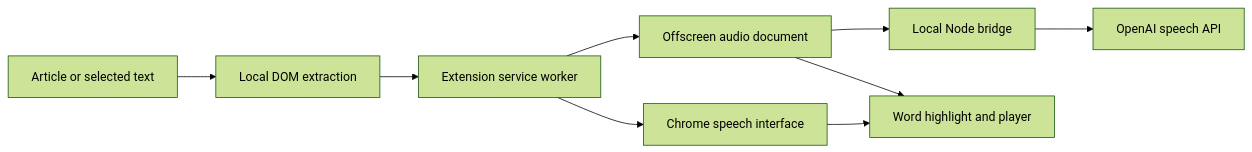
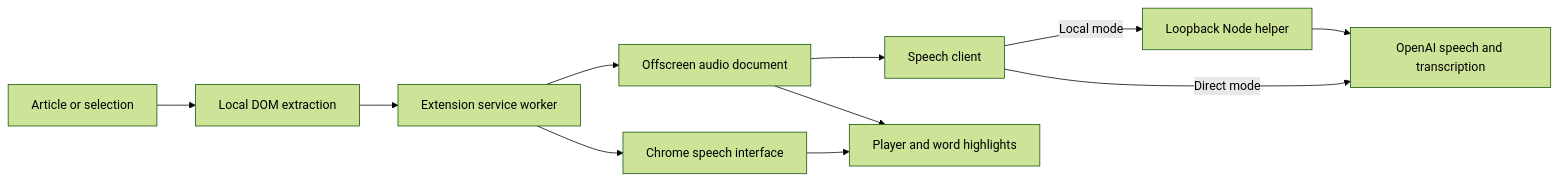
One commit to YashDagade/browser-reader changed the diagram in docs/architecture.md. Above: the diagram before and after it, drawn with Mermaid (forest theme). The commit also changed other lines of this file and 33 other files, not shown here.

Commit message:
Build Hermes with direct Chrome speech, movable controls, and word alignment

````diff
--- a/docs/architecture.md
+++ b/docs/architecture.md
@@ -5,11 +5,13 @@
 ```mermaid
 flowchart LR
-    Page[Article or selected text] --> Extract[Local DOM extraction]
+    Page[Article or selection] --> Extract[Local DOM extraction]
     Extract --> Worker[Extension service worker]
-    Worker --> System[Chrome speech interface]
+    Worker --> Native[Chrome speech interface]
     Worker --> Audio[Offscreen audio document]
-    Audio --> Bridge[Local Node bridge]
-    Bridge --> OpenAI[OpenAI speech API]
-    System --> Highlight[Word highlight and player]
-    Audio --> Highlight
+    Audio --> Client[Speech client]
+    Client -->|Direct mode| API[OpenAI speech and transcription]
+    Client -->|Local mode| Helper[Loopback Node helper]
+    Helper --> API
+    Native --> Player[Player and word highlights]
+    Audio --> Player
 ```
````
